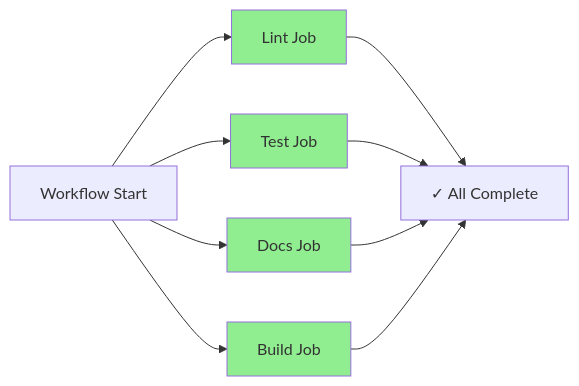
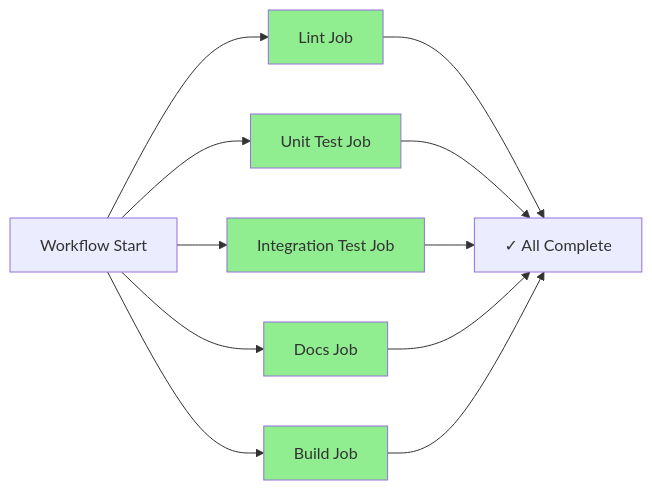
Before and after one commit to chipi/podcast_scraper: the second of 7 diagrams in docs/CI_CD.md, drawn with Mermaid. The commit also changed other lines of this file and 79 other files, not shown here.

First line of the commit message:
Update CI to include integration tests and fix test issues

````diff
--- a/docs/CI_CD.md
+++ b/docs/CI_CD.md
@@ -132,17 +132,20 @@
 ```mermaid
 graph LR
     A[Workflow Start] --> B[Lint Job]
-    A --> C[Test Job]
-    A --> D[Docs Job]
-    A --> E[Build Job]
+    A --> C[Unit Test Job]
+    A --> D[Integration Test Job]
+    A --> E[Docs Job]
+    A --> F[Build Job]
     
-    B --> F[✓ All Complete]
-    C --> F
-    D --> F
-    E --> F
+    B --> G[✓ All Complete]
+    C --> G
+    D --> G
+    E --> G
+    F --> G
     
     style B fill:#90EE90
     style C fill:#90EE90
     style D fill:#90EE90
     style E fill:#90EE90
+    style F fill:#90EE90
 ```
````
